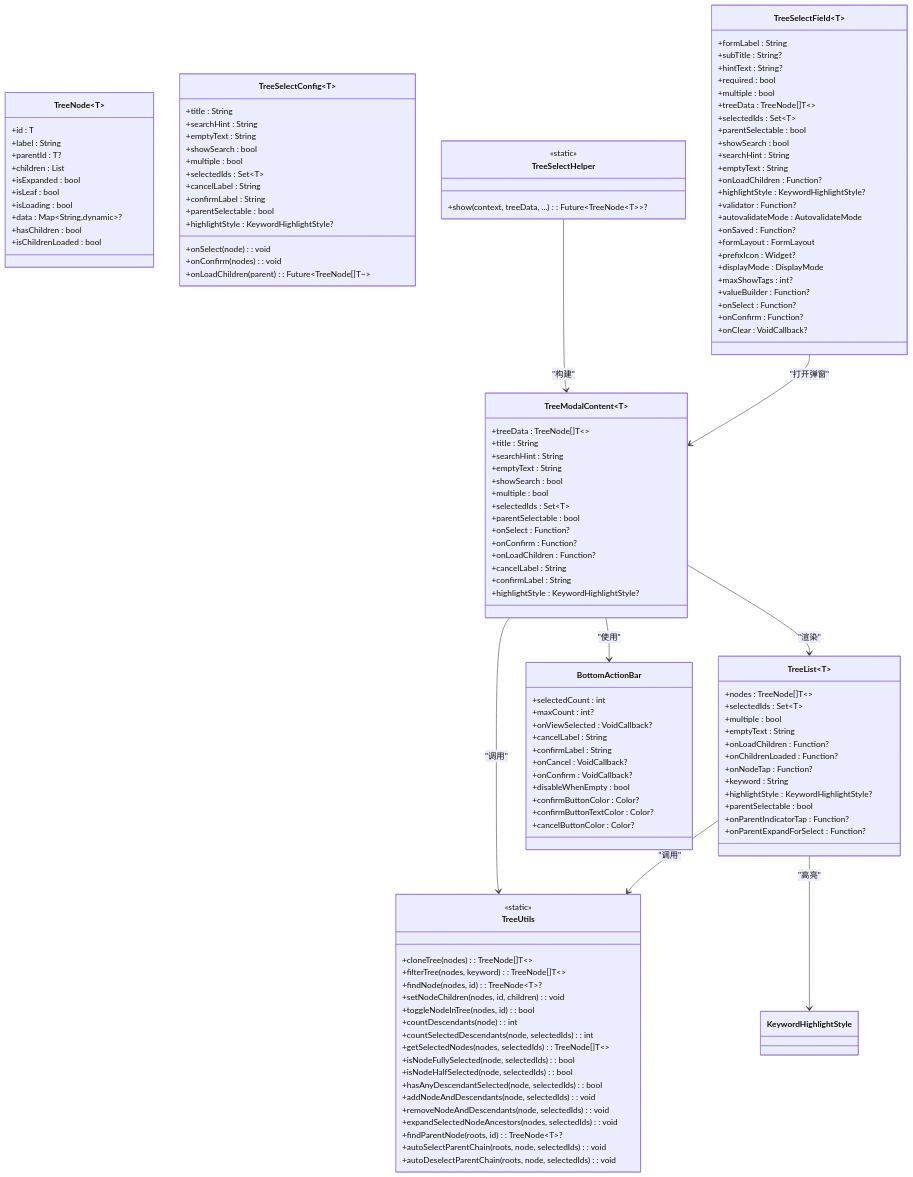
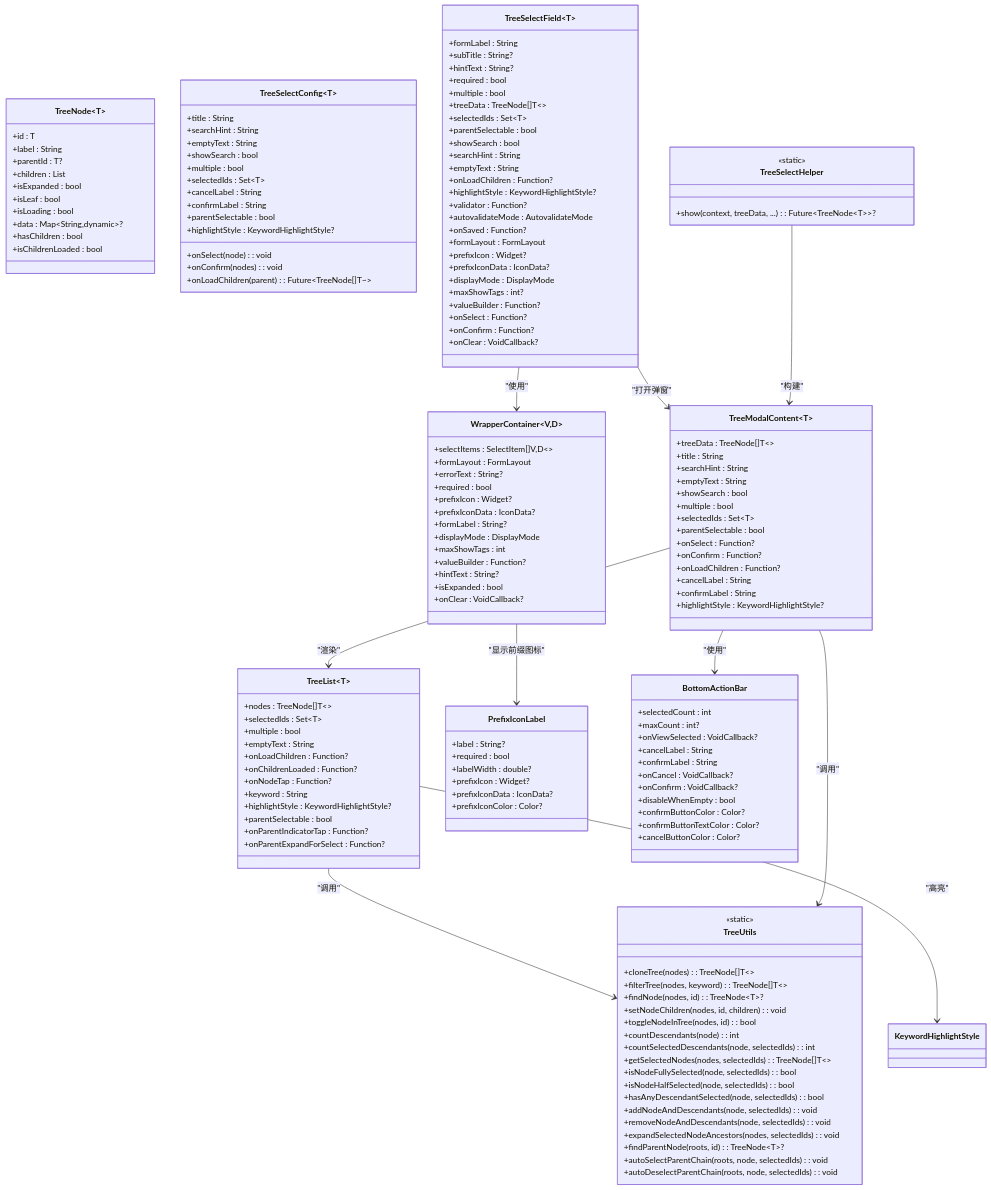
The second of 3 diagrams in .qoder/repowiki/zh/content/API 参考/高级组件 API/TreeSelect 树形选择器 API.md (yuzhido/lite-ui), drawn with Mermaid before and after one commit. The commit also changed other lines of this file and 14 other files, not shown here.

````diff
--- a/.qoder/repowiki/zh/content/API 参考/高级组件 API/TreeSelect 树形选择器 API.md
+++ b/.qoder/repowiki/zh/content/API 参考/高级组件 API/TreeSelect 树形选择器 API.md
@@ -138,6 +149,7 @@
 +onSaved : Function?
 +formLayout : FormLayout
 +prefixIcon : Widget?
++prefixIconData : IconData?
 +displayMode : DisplayMode
 +maxShowTags : int?
 +valueBuilder : Function?
@@ -174,6 +186,29 @@
 +parentSelectable : bool
 +onParentIndicatorTap : Function?
 +onParentExpandForSelect : Function?
+}
+class PrefixIconLabel {
++label : String?
++required : bool
++labelWidth : double?
++prefixIcon : Widget?
++prefixIconData : IconData?
++prefixIconColor : Color?
+}
+class WrapperContainer~V,D~ {
++selectItems : SelectItem[]V,D~~
++formLayout : FormLayout
++errorText : String?
++required : bool
++prefixIcon : Widget?
++prefixIconData : IconData?
++formLabel : String?
++displayMode : DisplayMode
++maxShowTags : int
++valueBuilder : Function?
++hintText : String?
++isExpanded : bool
++onClear : VoidCallback?
 }
 class TreeUtils {
 <<static>>
@@ -219,4 +254,6 @@
 TreeModalContent~T~ --> TreeUtils : "调用"
 TreeSelectHelper --> TreeModalContent~T~ : "构建"
 TreeList~T~ --> KeywordHighlightStyle : "高亮"
+TreeSelectField~T~ --> WrapperContainer~V,D~ : "使用"
+WrapperContainer~V,D~ --> PrefixIconLabel : "显示前缀图标"
 ```
````
